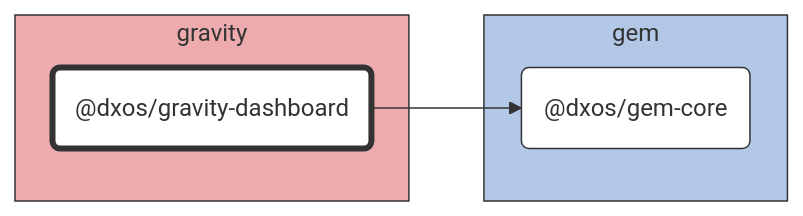
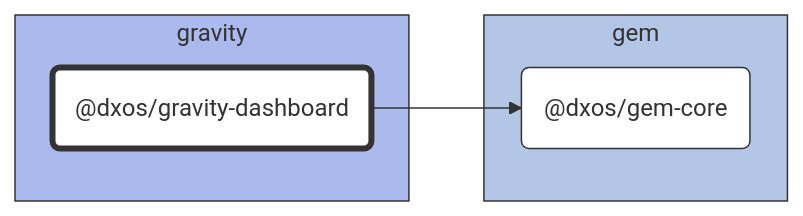
One commit to dxos/dxos changed the diagram in packages/gravity/gravity-dashboard/docs/README.md. Above: the diagram before and after it, drawn with Mermaid. The commit also changed 86 other files, not shown here.

````diff
--- a/packages/gravity/gravity-dashboard/docs/README.md
+++ b/packages/gravity/gravity-dashboard/docs/README.md
@@ -7,27 +7,27 @@
 ```mermaid
 %%{ init: {'flowchart':{'curve':'basis'}} }%%
 
 flowchart LR
 
 %% Classes
 classDef def fill:#fff,stroke:#333,stroke-width:1px
 classDef root fill:#fff,stroke:#333,stroke-width:4px
 
 %% Nodes
 
 subgraph gravity [gravity]
-  style gravity fill:#edabad,stroke:#333
+  style gravity fill:#abb9ed,stroke:#333
   dxos/gravity-dashboard("@dxos/gravity-dashboard"):::root
   click dxos/gravity-dashboard "dxos/dxos/tree/main/packages/gravity/gravity-dashboard/docs"
 end
 
 subgraph gem [gem]
-  style gem fill:#b3c7e6,stroke:#333
+  style gem fill:#b3c6e6,stroke:#333
   dxos/gem-core("@dxos/gem-core"):::def
   click dxos/gem-core "dxos/dxos/tree/main/packages/gem/gem-core/docs"
 end
 
 %% Links
 linkStyle default stroke:#333,stroke-width:1px
 dxos/gravity-dashboard --> dxos/gem-core
 ```
````
